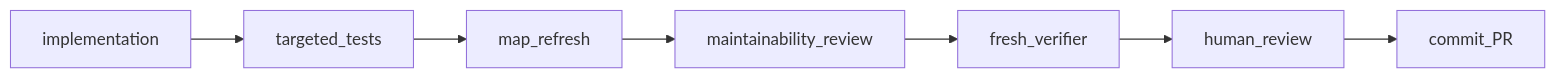
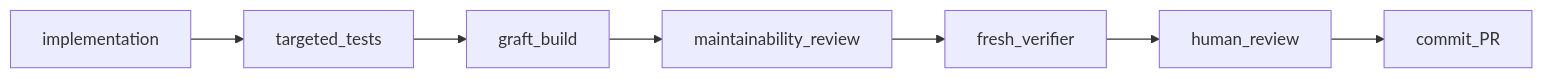
The first of 2 diagrams in openspec/changes/factory-phase2/design.md (ZekeT/agentic-starter), drawn with Mermaid before and after one commit. The commit also changed other lines of this file and 34 other files, not shown here.

First line of the commit message:
feat(factory): add Graft navigation and maintainability review

````diff
--- a/openspec/changes/factory-phase2/design.md
+++ b/openspec/changes/factory-phase2/design.md
@@ -125,6 +132,6 @@
 ```mermaid
 flowchart LR
-  implementation --> targeted_tests --> map_refresh
-  map_refresh --> maintainability_review --> fresh_verifier --> human_review
+  implementation --> targeted_tests --> graft_build
+  graft_build --> maintainability_review --> fresh_verifier --> human_review
   human_review --> commit_PR
 ```
````
